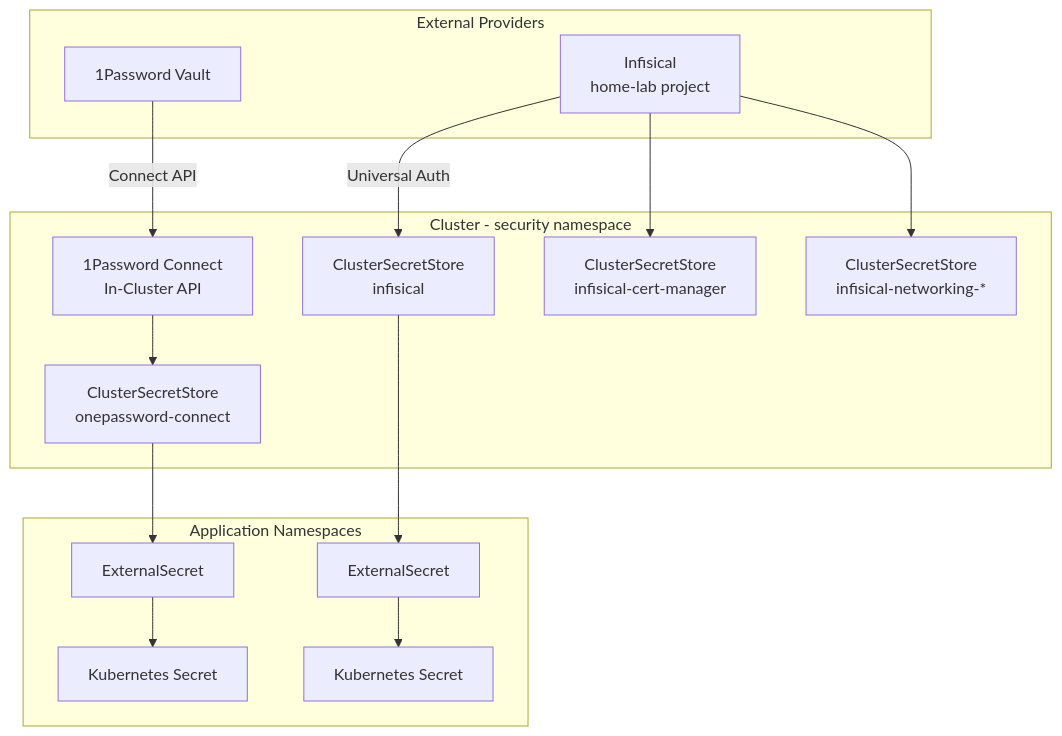
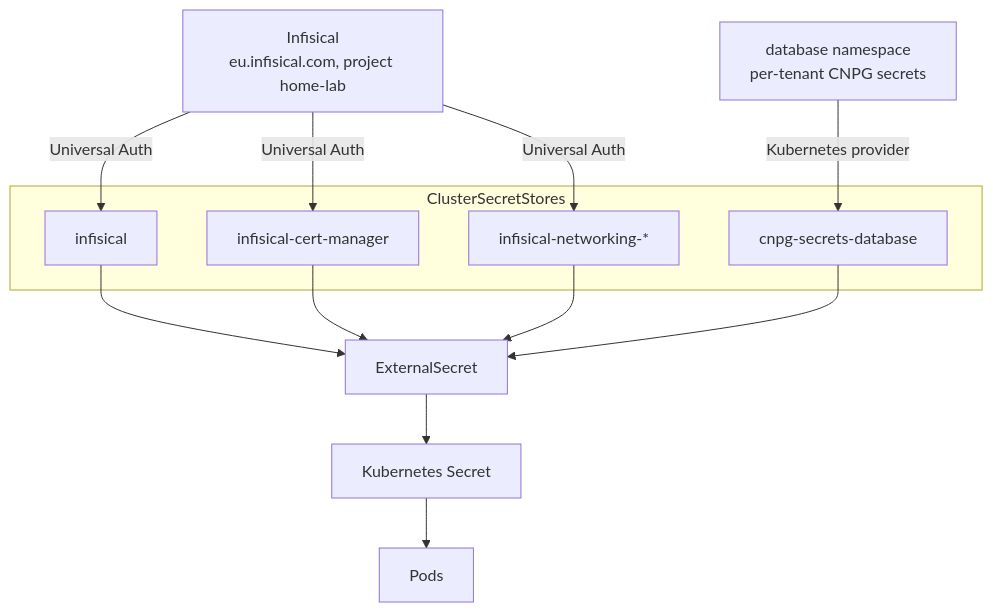
One commit to swibrow/home-ops changed the first of 2 diagrams in docs/security/external-secrets.md. Above: the diagram before and after it, drawn with Mermaid. The commit also changed other lines of this file and 105 other files, not shown here.

````diff
--- a/docs/security/external-secrets.md
+++ b/docs/security/external-secrets.md
@@ -11,28 +11,17 @@
 ```mermaid
 flowchart TD
-    subgraph External Providers
-        OP[1Password Vault]
-        INF[Infisical\nhome-lab project]
+    INF[Infisical<br/>eu.infisical.com, project home-lab]
+    DB[database namespace<br/>per-tenant CNPG secrets]
+
+    subgraph Stores["ClusterSecretStores"]
+        CSS1[infisical]
+        CSS2[infisical-cert-manager]
+        CSS3[infisical-networking-*]
+        CSS4[cnpg-secrets-database]
     end
 
-    subgraph Cluster - security namespace
-        OPC[1Password Connect\nIn-Cluster API]
-        CSS1[ClusterSecretStore\nonepassword-connect]
-        CSS2[ClusterSecretStore\ninfisical]
-        CSS3[ClusterSecretStore\ninfisical-cert-manager]
-        CSS4[ClusterSecretStore\ninfisical-networking-*]
-    end
+    INF -->|Universal Auth| CSS1 & CSS2 & CSS3
+    DB -->|Kubernetes provider| CSS4
 
-    subgraph Application Namespaces
-        ES1[ExternalSecret] --> KS1[Kubernetes Secret]
-        ES2[ExternalSecret] --> KS2[Kubernetes Secret]
-    end
-
-    OP -->|Connect API| OPC
-    OPC --> CSS1
-    INF -->|Universal Auth| CSS2
-    INF --> CSS3
-    INF --> CSS4
-    CSS1 --> ES1
-    CSS2 --> ES2
+    CSS1 & CSS2 & CSS3 & CSS4 --> ES[ExternalSecret] --> KS[Kubernetes Secret] --> Pod[Pods]
 ```
````
